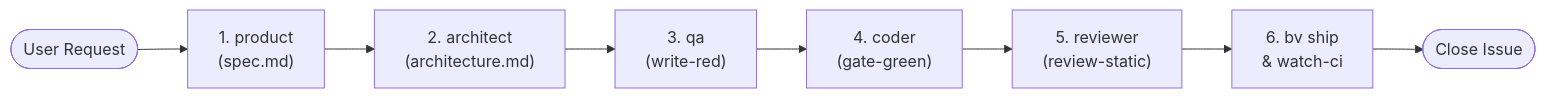
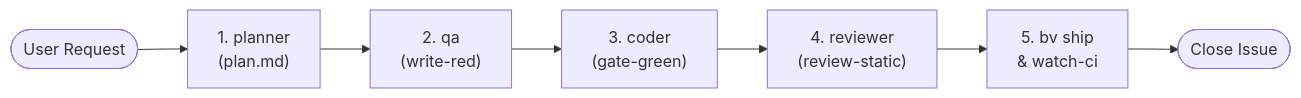
One commit to reymundolopez/agent-sdlc-kit changed the diagram in skills/orchestrate-issue/SKILL.md. Above: the diagram before and after it, drawn with Mermaid. The commit also changed other lines of this file and 10 other files, not shown here.

````diff
--- a/skills/orchestrate-issue/SKILL.md
+++ b/skills/orchestrate-issue/SKILL.md
@@ -43,10 +43,9 @@
 ```mermaid
 flowchart LR
-    Start([User Request]) --> Product["1. product\n(spec.md)"]
-    Product --> Architect["2. architect\n(architecture.md)"]
-    Architect --> QA["3. qa\n(write-red)"]
-    QA --> Coder["4. coder\n(gate-green)"]
-    Coder --> Reviewer["5. reviewer\n(review-static)"]
-    Reviewer --> Ship["6. bv ship\n& watch-ci"]
+    Start([User Request]) --> Planner["1. planner\n(plan.md)"]
+    Planner --> QA["2. qa\n(write-red)"]
+    QA --> Coder["3. coder\n(gate-green)"]
+    Coder --> Reviewer["4. reviewer\n(review-static)"]
+    Reviewer --> Ship["5. bv ship\n& watch-ci"]
     Ship --> Done([Close Issue])
 ```
````
